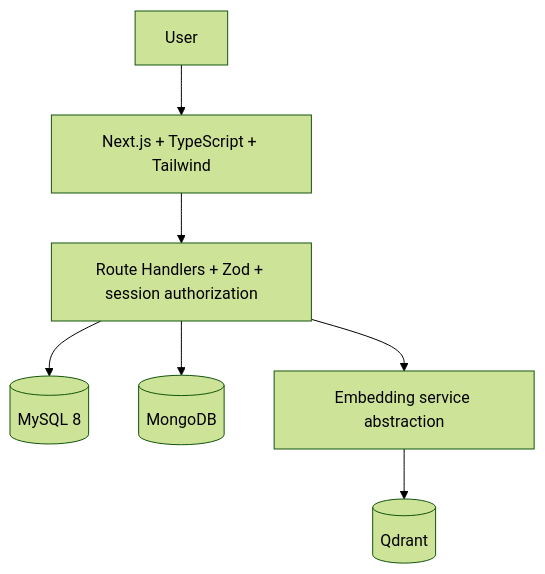
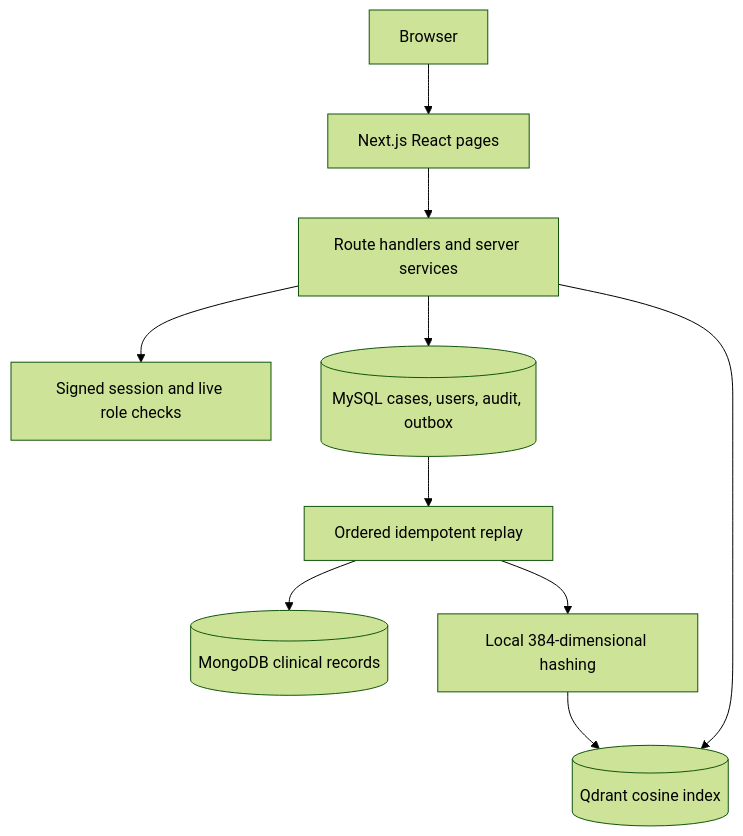
One commit to HarivasanR/Intelligent-Medical-Case-Similarity-Search-System-DBMS changed the diagram in docs/system-architecture.md. Above: the diagram before and after it, drawn with Mermaid (forest theme). The commit also changed other lines of this file and 77 other files, not shown here.

````diff
--- a/docs/system-architecture.md
+++ b/docs/system-architecture.md
@@ -3,9 +3,12 @@
 ```mermaid
 flowchart TD
-  U[User] --> UI[Next.js + TypeScript + Tailwind]
-  UI --> API[Route Handlers + Zod + session authorization]
-  API --> SQL[(MySQL 8)]
-  API --> DOC[(MongoDB)]
-  API --> EMB[Embedding service abstraction]
-  EMB --> VEC[(Qdrant)]
+  U[Browser] --> UI[Next.js React pages]
+  UI --> API[Route handlers and server services]
+  API --> AUTH[Signed session and live role checks]
+  API --> SQL[(MySQL cases, users, audit, outbox)]
+  SQL --> SYNC[Ordered idempotent replay]
+  SYNC --> DOC[(MongoDB clinical records)]
+  SYNC --> EMB[Local 384-dimensional hashing]
+  EMB --> VEC[(Qdrant cosine index)]
+  API --> VEC
 ```
````
